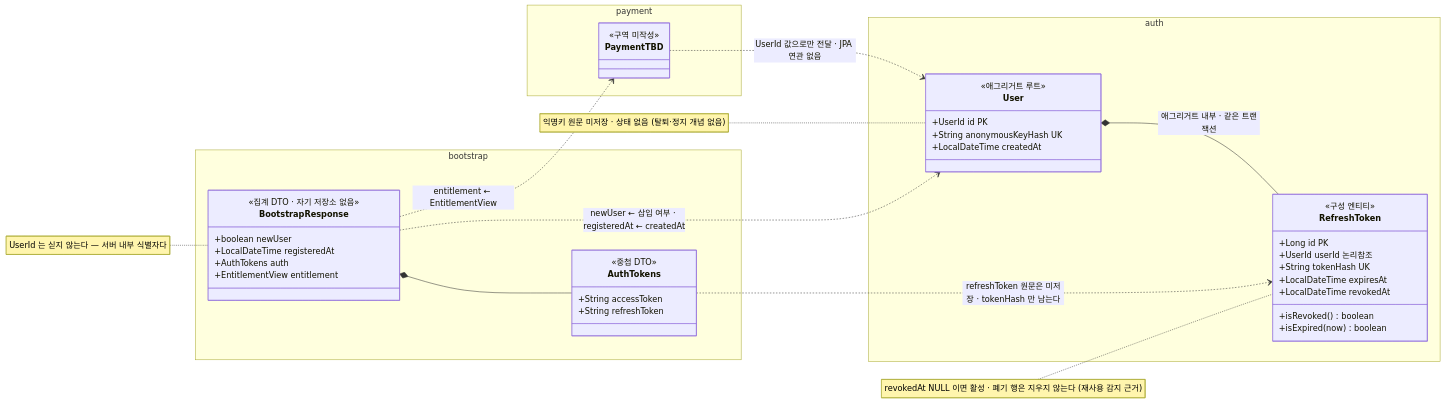
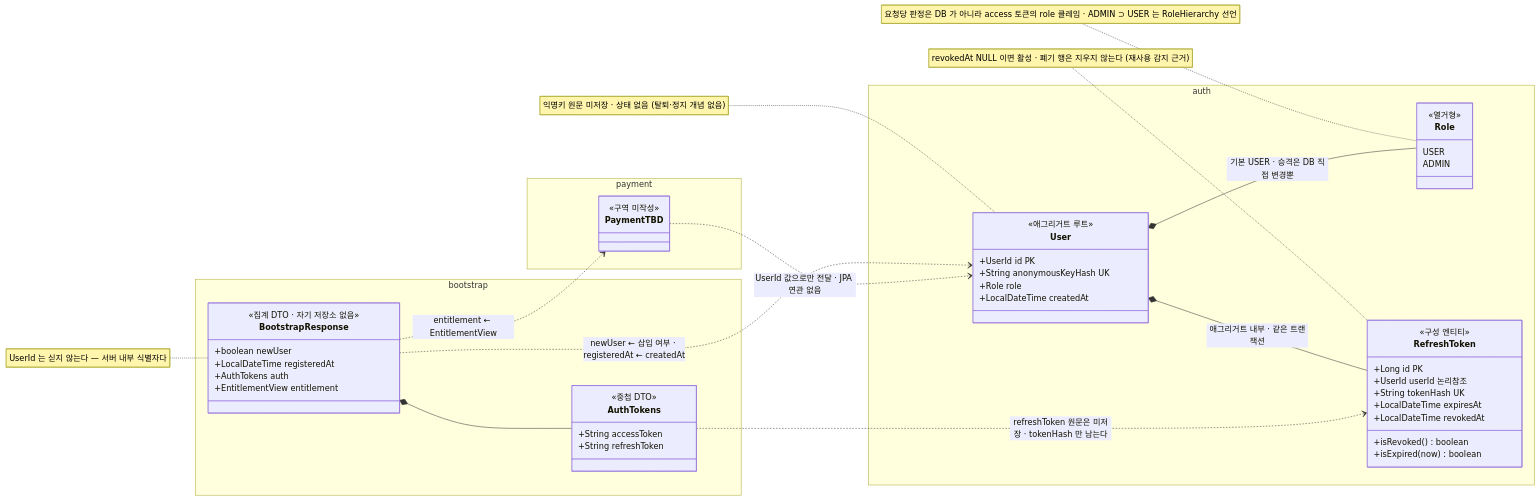
The diagram in backend/docs/model/master.md (kang20/youtube-creator), drawn with Mermaid before and after one commit. The commit also changed other lines of this file and 12 other files, not shown here.

````diff
--- a/backend/docs/model/master.md
+++ b/backend/docs/model/master.md
@@ -33,58 +33,67 @@
 ```mermaid
 classDiagram
     direction LR
 
     namespace auth {
         class User {
             <<애그리거트 루트>>
             +UserId id  PK
             +String anonymousKeyHash  UK
+            +Role role
             +LocalDateTime createdAt
+        }
+
+        class Role {
+            <<열거형>>
+            USER
+            ADMIN
         }
 
         class RefreshToken {
             <<구성 엔티티>>
             +Long id  PK
             +UserId userId  논리참조
             +String tokenHash  UK
             +LocalDateTime expiresAt
             +LocalDateTime revokedAt
             +isRevoked() boolean
             +isExpired(now) boolean
         }
     }
 
     namespace payment {
         class PaymentTBD {
             <<구역 미작성>>
         }
     }
 
     namespace bootstrap {
         class BootstrapResponse {
             <<집계 DTO · 자기 저장소 없음>>
             +boolean newUser
             +LocalDateTime registeredAt
             +AuthTokens auth
             +EntitlementView entitlement
         }
 
         class AuthTokens {
             <<중첩 DTO>>
             +String accessToken
             +String refreshToken
         }
     }
 
+    User *-- Role : 기본 USER · 승격은 DB 직접 변경뿐
     User *-- RefreshToken : 애그리거트 내부 · 같은 트랜잭션
     BootstrapResponse *-- AuthTokens
 
     BootstrapResponse ..> User : newUser ← 삽입 여부 · registeredAt ← createdAt
     AuthTokens ..> RefreshToken : refreshToken 원문은 미저장 · tokenHash 만 남는다
     BootstrapResponse ..> PaymentTBD : entitlement ← EntitlementView
     PaymentTBD ..> User : UserId 값으로만 전달 · JPA 연관 없음
 
     note for User "익명키 원문 미저장 · 상태 없음 (탈퇴·정지 개념 없음)"
+    note for Role "요청당 판정은 DB 가 아니라 access 토큰의 role 클레임 · ADMIN ⊃ USER 는 RoleHierarchy 선언"
     note for RefreshToken "revokedAt NULL 이면 활성 · 폐기 행은 지우지 않는다 (재사용 감지 근거)"
     note for BootstrapResponse "UserId 는 싣지 않는다 — 서버 내부 식별자다"
 ```
````
